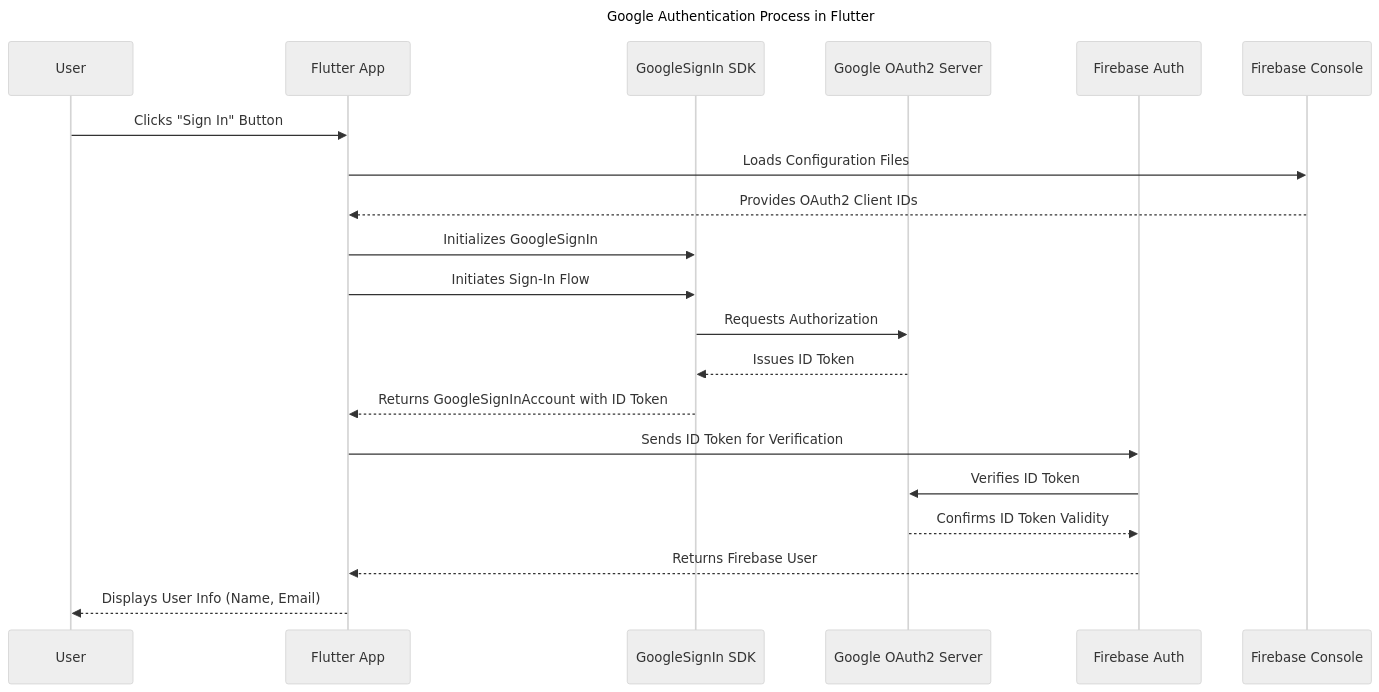
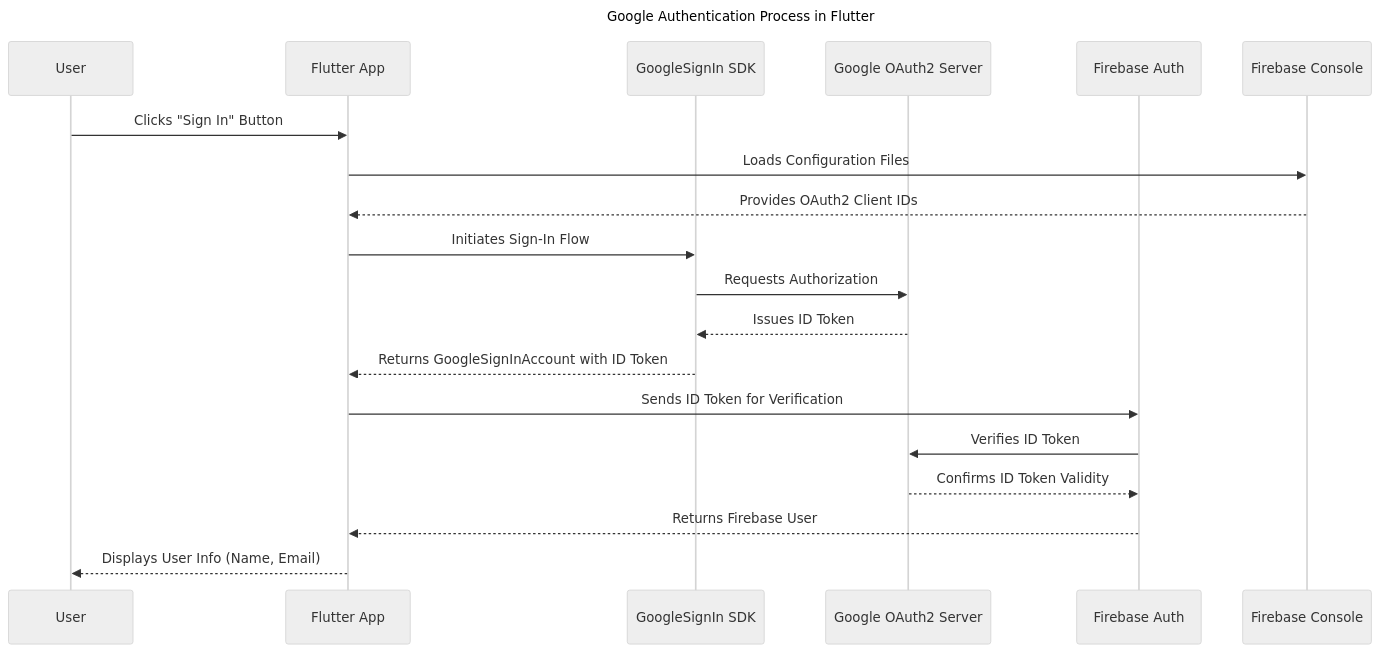
The diagram in README.md (abu-musa-sakib/google_signin), drawn with Mermaid (neutral theme) before and after one commit.

Commit message:
Minor update to README.md

````diff
--- a/README.md
+++ b/README.md
@@ -9,31 +9,29 @@
 ```mermaid
 sequenceDiagram
     title Google Authentication Process in Flutter
 
     participant User
     participant FlutterApp as Flutter App
     participant GoogleSignInSDK as GoogleSignIn SDK
     participant GoogleOAuth2 as Google OAuth2 Server
     participant FirebaseAuth as Firebase Auth
     participant FirebaseConsole as Firebase Console
 
     User ->> FlutterApp: Clicks "Sign In" Button
     FlutterApp ->> FirebaseConsole: Loads Configuration Files
     FirebaseConsole -->> FlutterApp: Provides OAuth2 Client IDs
     
-    FlutterApp ->> GoogleSignInSDK: Initializes GoogleSignIn
-    
     FlutterApp ->> GoogleSignInSDK: Initiates Sign-In Flow
     
     GoogleSignInSDK ->> GoogleOAuth2: Requests Authorization
     GoogleOAuth2 -->> GoogleSignInSDK: Issues ID Token
     
     GoogleSignInSDK -->> FlutterApp: Returns GoogleSignInAccount with ID Token
     
     FlutterApp ->> FirebaseAuth: Sends ID Token for Verification
     FirebaseAuth ->> GoogleOAuth2: Verifies ID Token
     GoogleOAuth2 -->> FirebaseAuth: Confirms ID Token Validity
     
     FirebaseAuth -->> FlutterApp: Returns Firebase User
     FlutterApp -->> User: Displays User Info (Name, Email)
 ```
````
